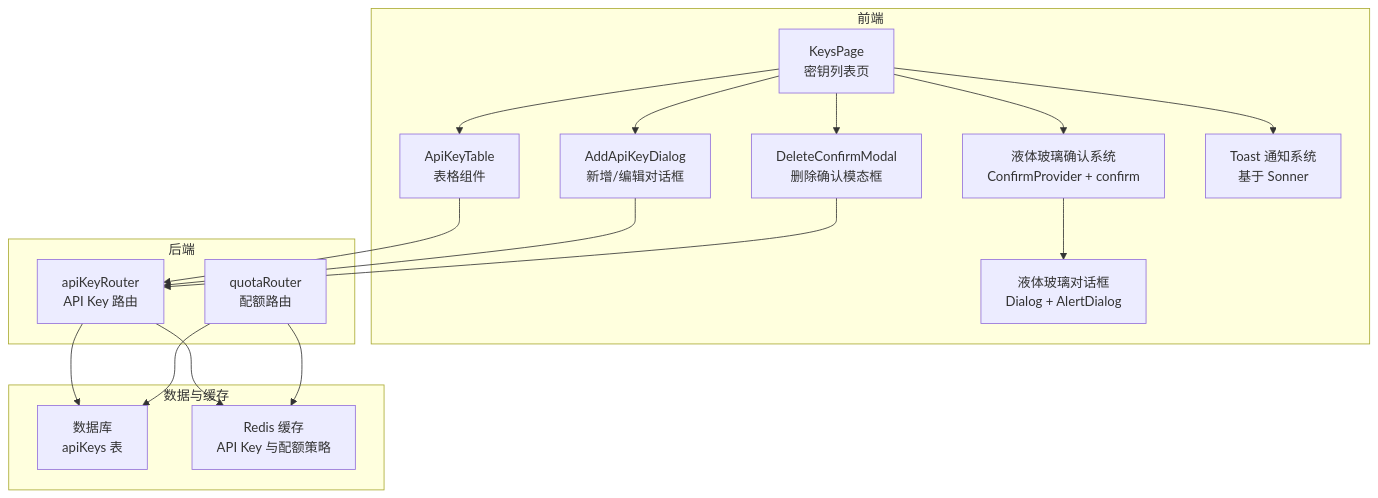
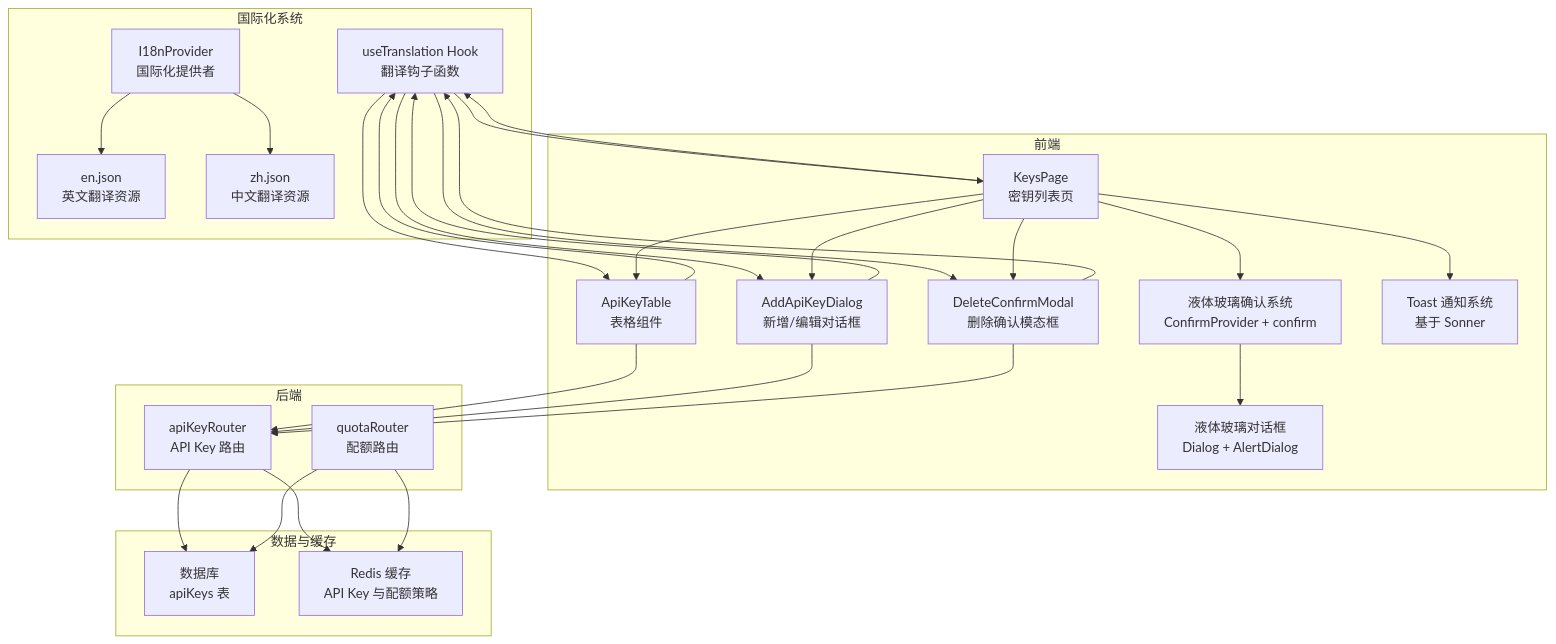
Before and after one commit to RadiumAg/AIGate: the first of 10 diagrams in .qoder/repowiki/zh/content/核心功能/API Key 管理.md, drawn with Mermaid. The commit also changed other lines of this file and 4 other files, not shown here.

````diff
--- a/.qoder/repowiki/zh/content/核心功能/API Key 管理.md
+++ b/.qoder/repowiki/zh/content/核心功能/API Key 管理.md
@@ -56,33 +59,49 @@
 ```mermaid
 graph TB
+subgraph "国际化系统"
+I18nProvider["I18nProvider<br/>国际化提供者"]
+MessagesEN["en.json<br/>英文翻译资源"]
+MessagesZH["zh.json<br/>中文翻译资源"]
+useTranslation["useTranslation Hook<br/>翻译钩子函数"]
+end
 subgraph "前端"
 KeysPage["KeysPage<br/>密钥列表页"]
 AddDialog["AddApiKeyDialog<br/>新增/编辑对话框"]
 ApiKeyTable["ApiKeyTable<br/>表格组件"]
 DeleteModal["DeleteConfirmModal<br/>删除确认模态框"]
 ConfirmSystem["液体玻璃确认系统<br/>ConfirmProvider + confirm"]
 ToastSystem["Toast 通知系统<br/>基于 Sonner"]
 LiquidGlassDialog["液体玻璃对话框<br/>Dialog + AlertDialog"]
 end
 subgraph "后端"
 TPRouter["apiKeyRouter<br/>API Key 路由"]
 QuotaRouter["quotaRouter<br/>配额路由"]
 end
 subgraph "数据与缓存"
 DB["数据库<br/>apiKeys 表"]
 Redis["Redis 缓存<br/>API Key 与配额策略"]
 end
+I18nProvider --> MessagesEN
+I18nProvider --> MessagesZH
+KeysPage --> useTranslation
+AddDialog --> useTranslation
+ApiKeyTable --> useTranslation
+DeleteModal --> useTranslation
+useTranslation --> KeysPage
+useTranslation --> AddDialog
+useTranslation --> ApiKeyTable
+useTranslation --> DeleteModal
 KeysPage --> ApiKeyTable
 KeysPage --> AddDialog
 KeysPage --> DeleteModal
 KeysPage --> ConfirmSystem
 KeysPage --> ToastSystem
 ApiKeyTable --> TPRouter
 AddDialog --> TPRouter
 DeleteModal --> TPRouter
 ConfirmSystem --> LiquidGlassDialog
 TPRouter --> DB
 TPRouter --> Redis
 QuotaRouter --> Redis
 QuotaRouter --> DB
 ```
````
